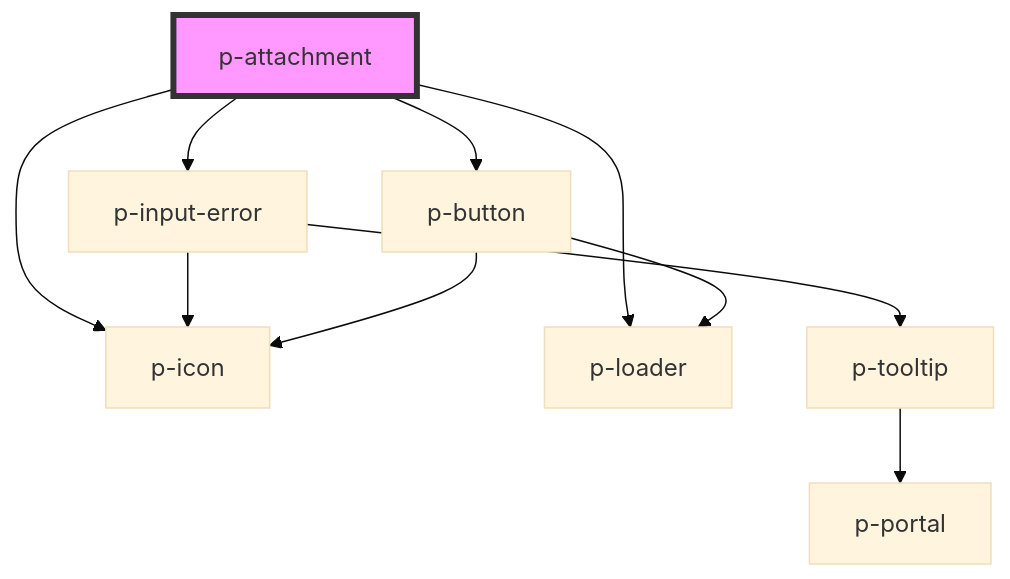
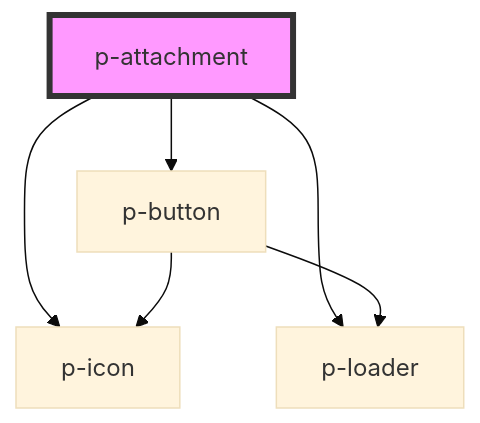
Before and after one commit to Employes/Paperless: the diagram in packages/core/src/components/deprecated/molecules/attachment/readme.md, drawn with Mermaid (base theme). The commit also changed other lines of this file and 69 other files, not shown here.

````diff
--- a/packages/core/src/components/deprecated/molecules/attachment/readme.md
+++ b/packages/core/src/components/deprecated/molecules/attachment/readme.md
@@ -36,13 +35,9 @@
 ```mermaid
 graph TD;
   p-attachment --> p-icon
   p-attachment --> p-loader
-  p-attachment --> p-input-error
   p-attachment --> p-button
-  p-input-error --> p-tooltip
-  p-input-error --> p-icon
-  p-tooltip --> p-portal
   p-button --> p-icon
   p-button --> p-loader
   style p-attachment fill:#f9f,stroke:#333,stroke-width:4px
 ```
````
